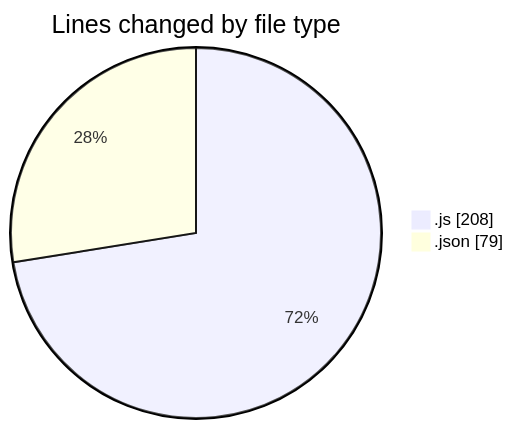
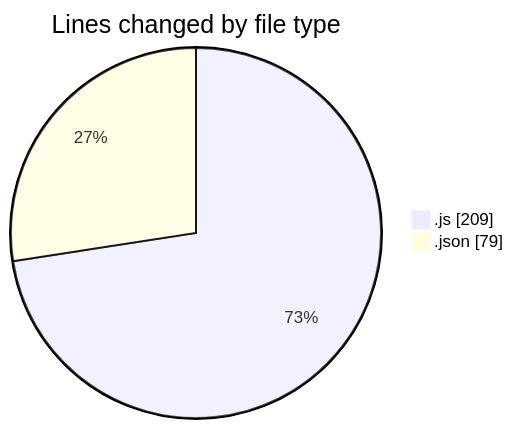
Before and after one commit to momahboobian/code-tracking: the first of 2 diagrams in 2025-01-31/cda/README.md, drawn with Mermaid. The commit also changed other lines of this file and 1 other file, not shown here.

````diff
--- a/2025-01-31/cda/README.md
+++ b/2025-01-31/cda/README.md
@@ -24,6 +24,6 @@
 ```mermaid
 pie showData
 title Lines changed by file type
-".js" : 208
+".js" : 209
 ".json" : 79
 ```
````
